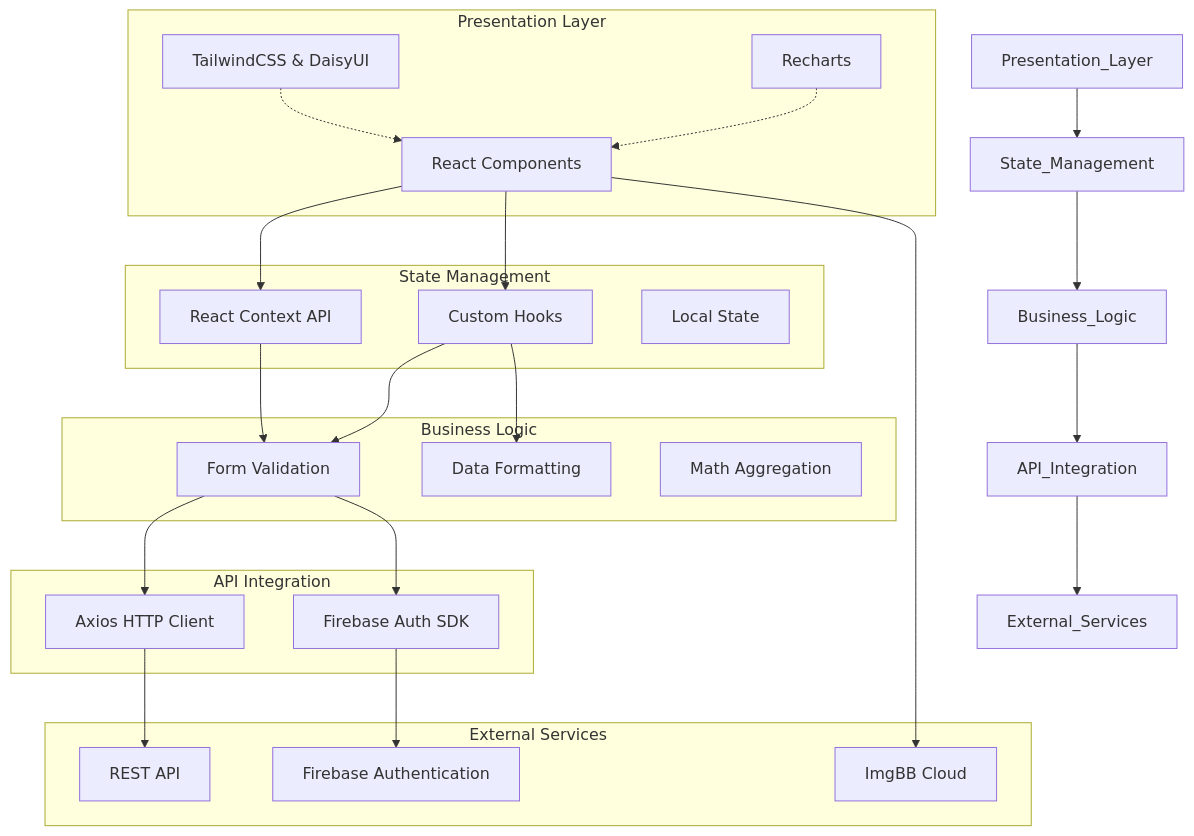
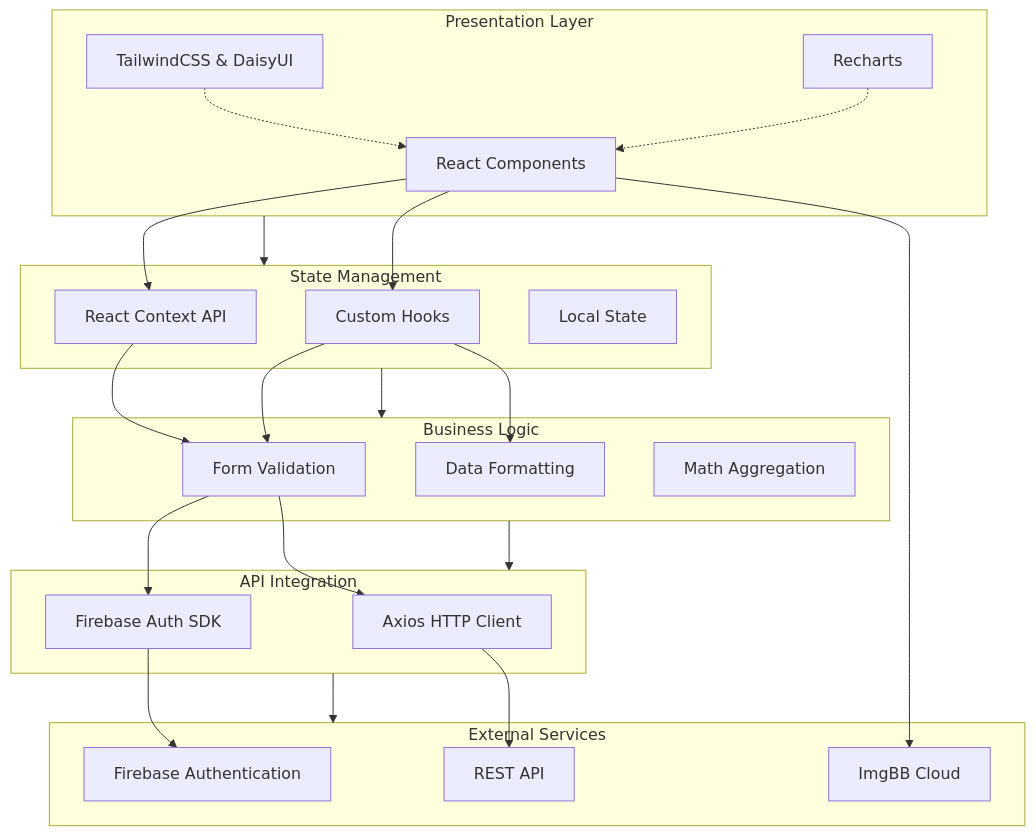
The first of 4 diagrams in README.md (SiratimMChy/Expense-Tracker), drawn with Mermaid before and after one commit.

Commit message:
fix: correct mermaid diagram syntax for rendering

````diff
--- a/README.md
+++ b/README.md
@@ -129,49 +129,49 @@
 ```mermaid
 graph TD
-    subgraph Presentation Layer
+    subgraph PresentationLayer [Presentation Layer]
         UI[React Components]
         Styles[TailwindCSS & DaisyUI]
         Charts[Recharts]
     end
 
-    subgraph State Management
+    subgraph StateManagement [State Management]
         Context[React Context API]
         Hooks[Custom Hooks]
         Local[Local State]
     end
 
-    subgraph Business Logic
+    subgraph BusinessLogic [Business Logic]
         Validation[Form Validation]
         Format[Data Formatting]
         Math[Math Aggregation]
     end
 
-    subgraph API Integration
+    subgraph APIIntegration [API Integration]
         Axios[Axios HTTP Client]
         AuthSDK[Firebase Auth SDK]
     end
 
-    subgraph External Services
+    subgraph ExternalServices [External Services]
         Firebase[Firebase Authentication]
         Backend[REST API]
         ImgBB[ImgBB Cloud]
     end
 
-    Presentation_Layer --> State_Management
-    State_Management --> Business_Logic
-    Business_Logic --> API_Integration
-    API_Integration --> External_Services
+    PresentationLayer --> StateManagement
+    StateManagement --> BusinessLogic
+    BusinessLogic --> APIIntegration
+    APIIntegration --> ExternalServices
     
     UI --> Context
     UI --> Hooks
     Styles -.-> UI
     Charts -.-> UI
     Context --> Validation
     Hooks --> Validation
     Hooks --> Format
     Validation --> Axios
     Validation --> AuthSDK
     Axios --> Backend
     AuthSDK --> Firebase
     UI --> ImgBB
 ```
````
